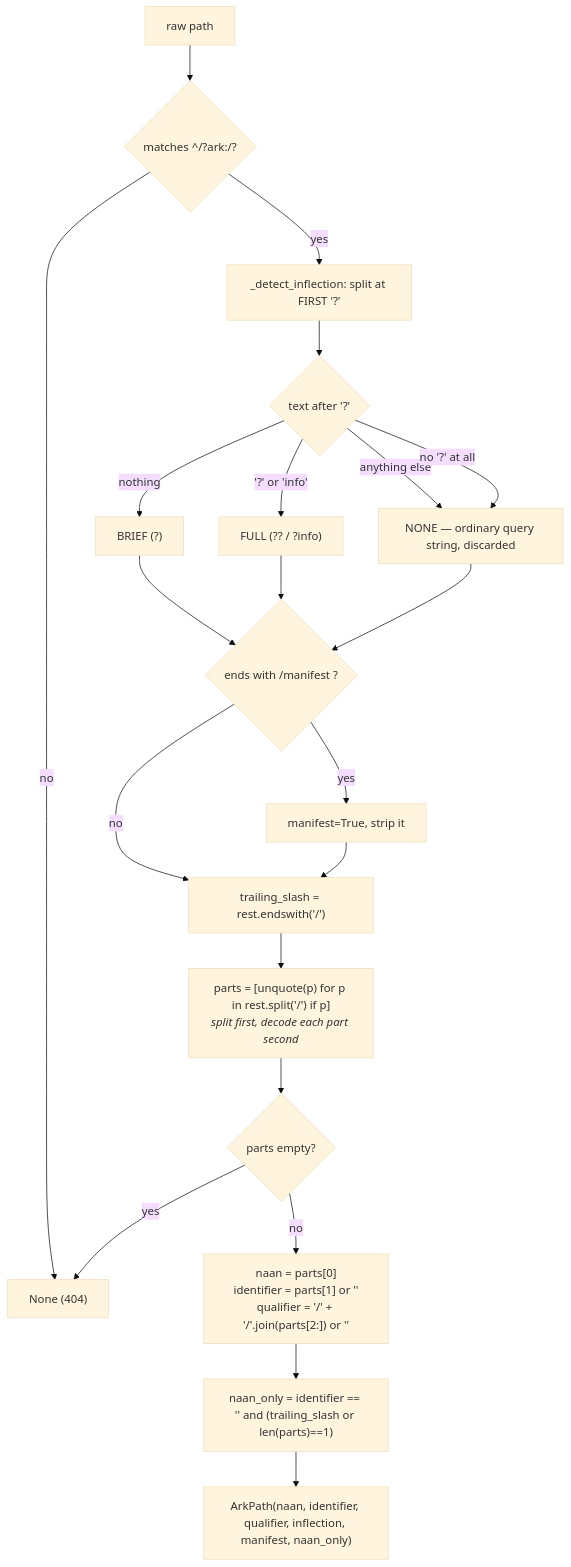
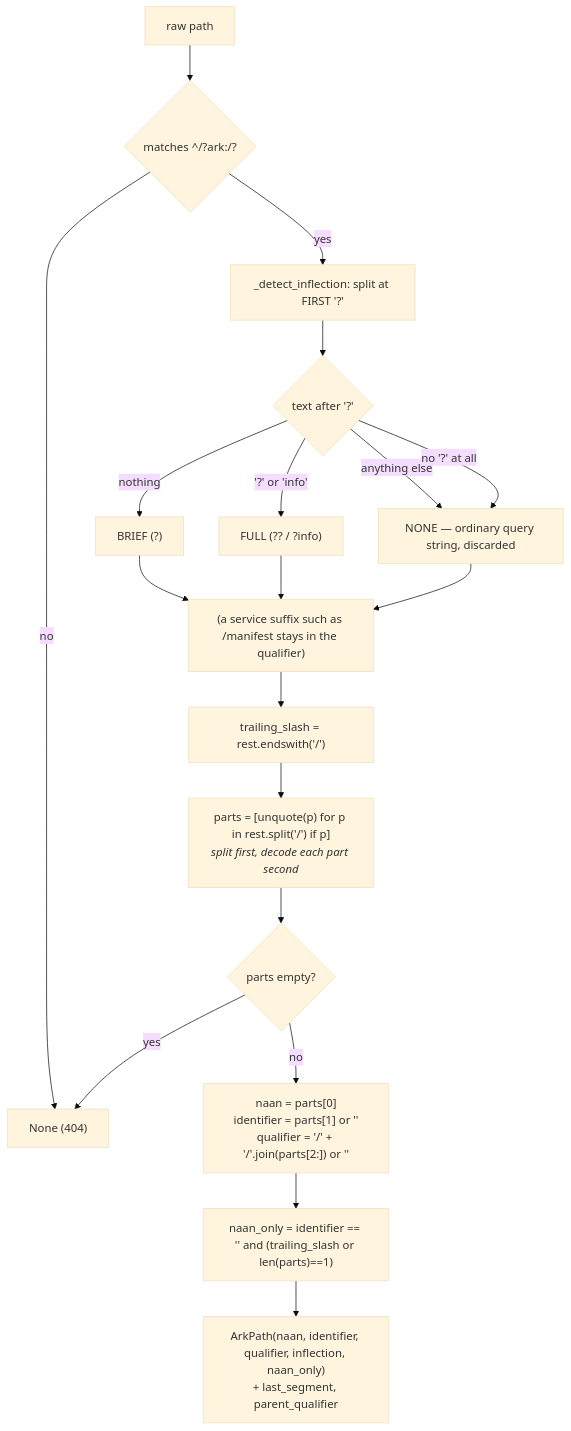
Before and after one commit to digitalutsc/arks-service: the third of 13 diagrams in docs/GUIDES.md, drawn with Mermaid (base theme). The commit also changed other lines of this file and 21 other files, not shown here.

````diff
--- a/docs/GUIDES.md
+++ b/docs/GUIDES.md
@@ -384,23 +384,21 @@
 ```mermaid
 flowchart TD
     A["raw path"] --> B{"matches ^/?ark:/?"}
     B -->|no| N0["None (404)"]
     B -->|yes| C["_detect_inflection: split at FIRST '?'"]
     C --> C1{"text after '?'"}
     C1 -->|"nothing"| I1["BRIEF (?)"]
     C1 -->|"'?' or 'info'"| I2["FULL (?? / ?info)"]
     C1 -->|"anything else"| I3["NONE — ordinary query string, discarded"]
     C1 -->|"no '?' at all"| I3
     I1 --> D
     I2 --> D
     I3 --> D
-    D{"ends with /manifest ?"} -->|yes| D1["manifest=True, strip it"]
-    D -->|no| E
-    D1 --> E["trailing_slash = rest.endswith('/')"]
+    D["(a service suffix such as /manifest stays in the qualifier)"] --> E["trailing_slash = rest.endswith('/')"]
     E --> F["parts = [unquote(p) for p in rest.split('/') if p]<br/><i>split first, decode each part second</i>"]
     F --> G{"parts empty?"}
     G -->|yes| N0
     G -->|no| H["naan = parts[0]<br/>identifier = parts[1] or ''<br/>qualifier = '/' + '/'.join(parts[2:]) or ''"]
     H --> J["naan_only = identifier == '' and (trailing_slash or len(parts)==1)"]
-    J --> K["ArkPath(naan, identifier, qualifier, inflection, manifest, naan_only)"]
+    J --> K["ArkPath(naan, identifier, qualifier, inflection, naan_only)<br/>+ last_segment, parent_qualifier"]
 ```
````
